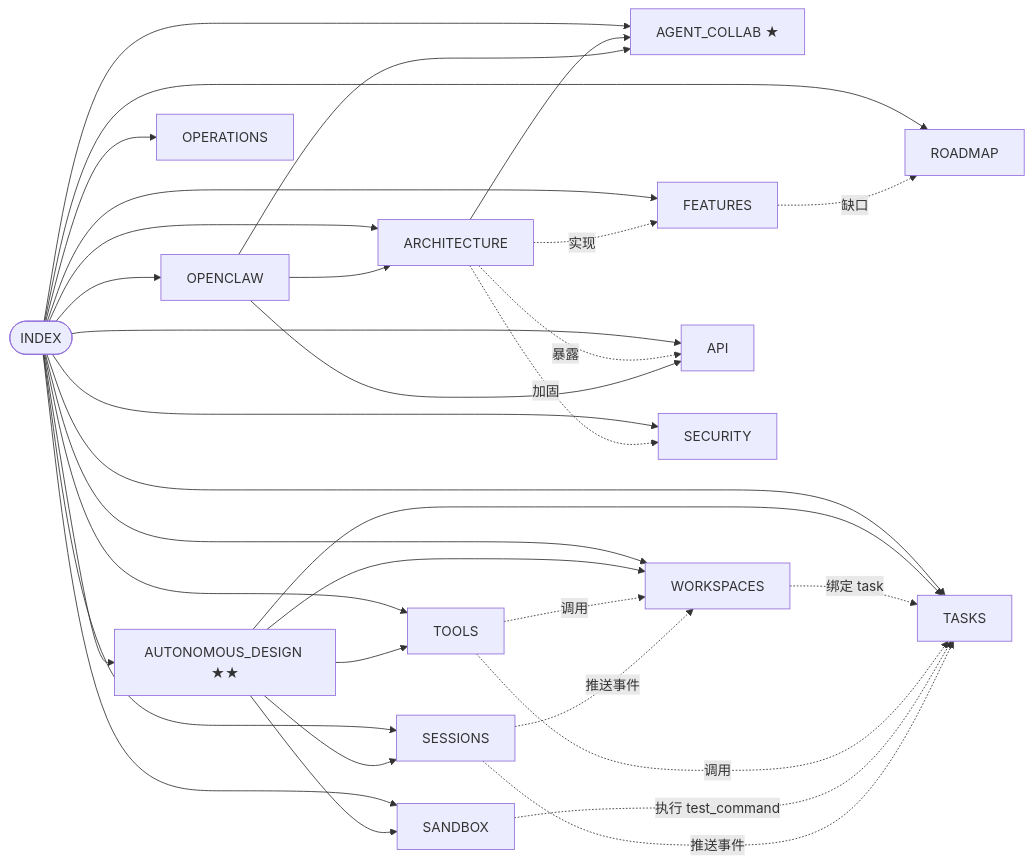
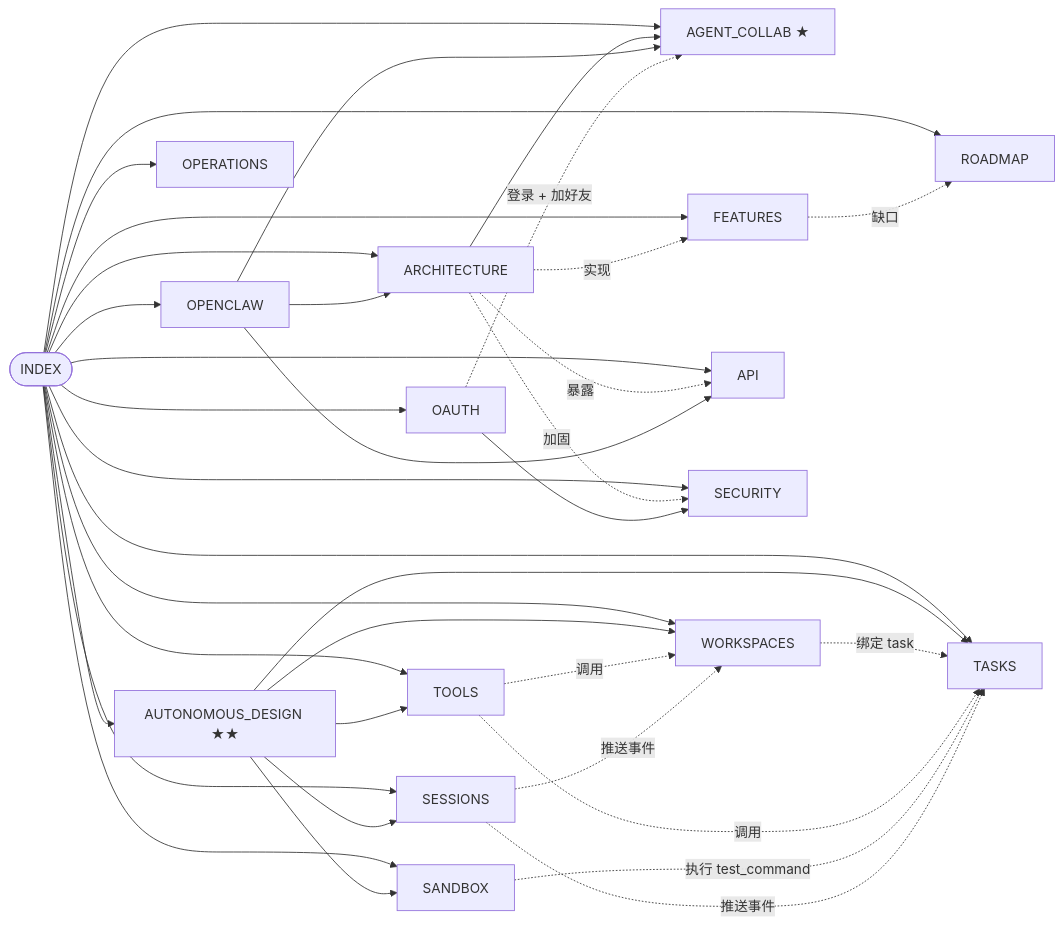
One commit to Kyle-zhai/agent2agent changed the diagram in docs/tech/INDEX.md. Above: the diagram before and after it, drawn with Mermaid. The commit also changed other lines of this file and 20 other files, not shown here.

````diff
--- a/docs/tech/INDEX.md
+++ b/docs/tech/INDEX.md
@@ -17,37 +17,40 @@
 ```mermaid
 graph LR
   IDX([INDEX]) --> ARCH[ARCHITECTURE]
   IDX --> COL[AGENT_COLLAB ★]
   IDX --> AUTO[AUTONOMOUS_DESIGN ★★]
   IDX --> WS[WORKSPACES]
   IDX --> TSK[TASKS]
   IDX --> SES[SESSIONS]
   IDX --> TLS[TOOLS]
   IDX --> SBX[SANDBOX]
+  IDX --> OAU[OAUTH]
   IDX --> FEAT[FEATURES]
   IDX --> API[API]
   IDX --> SEC[SECURITY]
   IDX --> OC[OPENCLAW]
   IDX --> RM[ROADMAP]
   IDX --> OPS[OPERATIONS]
 
   ARCH -.->|实现| FEAT
   ARCH -.->|暴露| API
   ARCH -.->|加固| SEC
   ARCH --> COL
   AUTO --> WS
   AUTO --> TSK
   AUTO --> SES
   AUTO --> TLS
   AUTO --> SBX
   WS -.->|绑定 task| TSK
   TLS -.->|调用| WS
   TLS -.->|调用| TSK
   SBX -.->|执行 test_command| TSK
   SES -.->|推送事件| WS
   SES -.->|推送事件| TSK
   FEAT -.->|缺口| RM
   OC --> COL
   OC --> API
   OC --> ARCH
+  OAU -.->|登录 + 加好友| COL
+  OAU --> SEC
 ```
````
